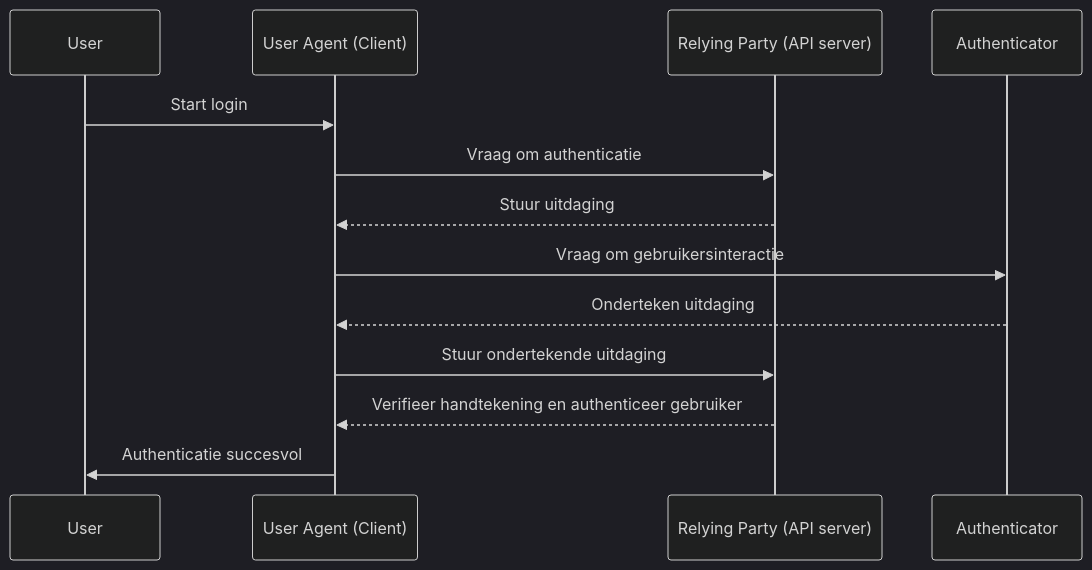
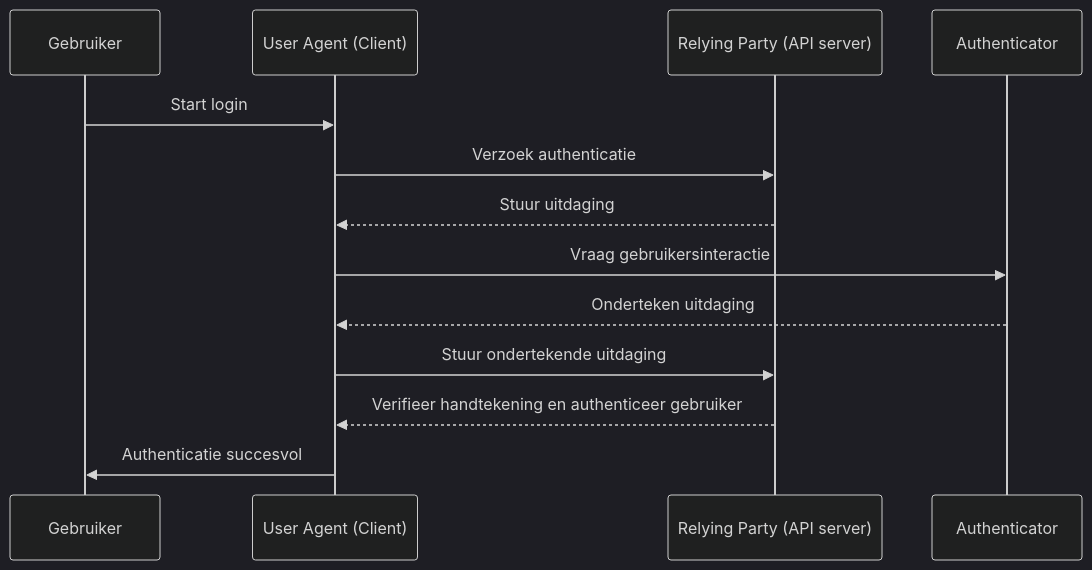
Before and after one commit to logto-io/auth-wiki: the second of 2 diagrams in src/content/terms/nl/webauthn.mdx, drawn with Mermaid (dark theme). The commit also changed other lines of this file and 98 other files, not shown here.

````diff
--- a/src/content/terms/nl/webauthn.mdx
+++ b/src/content/terms/nl/webauthn.mdx
@@ -67,16 +75,16 @@
 ```mermaid
 sequenceDiagram
-	participant User
+	participant Gebruiker
 	participant User Agent (Client)
 	participant Relying Party (API server)
 	participant Authenticator
 
-	User ->> User Agent (Client): Start login
-	User Agent (Client) ->> Relying Party (API server): Vraag om authenticatie
+	Gebruiker ->> User Agent (Client): Start login
+	User Agent (Client) ->> Relying Party (API server): Verzoek authenticatie
 	Relying Party (API server) -->> User Agent (Client): Stuur uitdaging
-	User Agent (Client) ->> Authenticator: Vraag om gebruikersinteractie
+	User Agent (Client) ->> Authenticator: Vraag gebruikersinteractie
 	Authenticator -->> User Agent (Client): Onderteken uitdaging
 	User Agent (Client) ->> Relying Party (API server): Stuur ondertekende uitdaging
 	Relying Party (API server) -->> User Agent (Client): Verifieer handtekening en authenticeer gebruiker
-	User Agent (Client) ->> User: Authenticatie succesvol
+	User Agent (Client) ->> Gebruiker: Authenticatie succesvol
 ```
````
